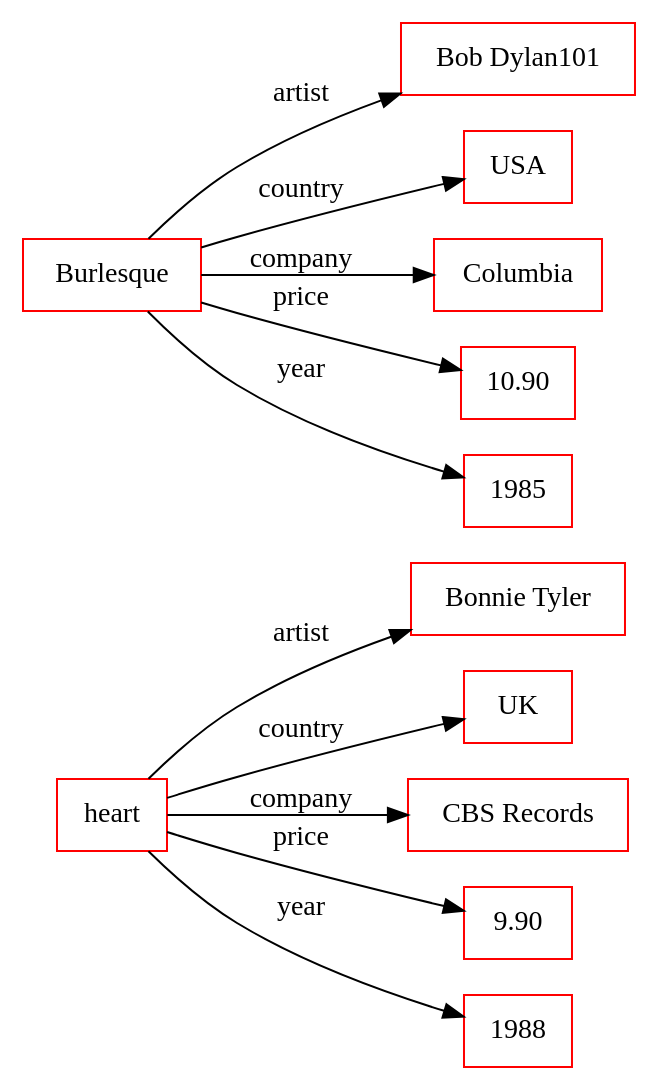
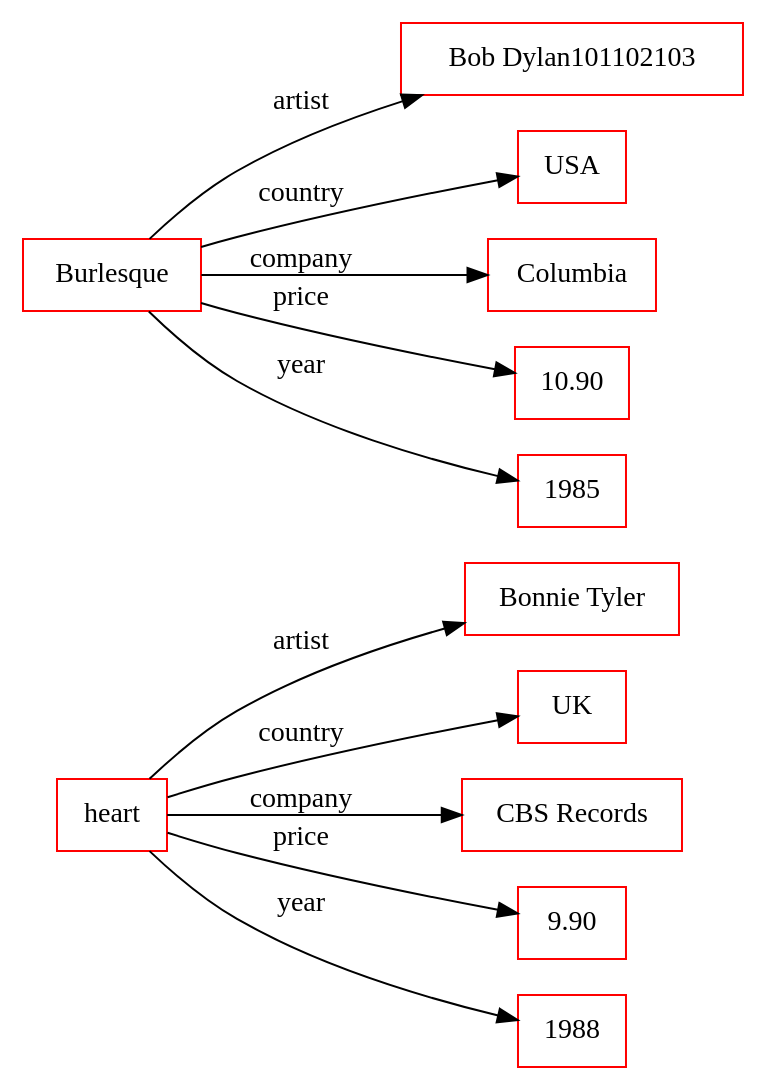
One commit to ahmad88me/target changed the diagram in drawings/ar2dtool-class.conf/org/sample.rdf.png.dot. Above: the diagram before and after it, drawn with Graphviz. The commit also changed 2 other files, not shown here.

```diff
--- a/drawings/ar2dtool-class.conf/org/sample.rdf.png.dot
+++ b/drawings/ar2dtool-class.conf/org/sample.rdf.png.dot
@@ -1,16 +1,16 @@
 digraph ar2dtool_diagram { 
 rankdir=LR;
 size="1000"
-node [shape = rectangle, color="red"]; "Bonnie Tyler" "UK" "CBS Records" "9.90" "1988" "Bob Dylan101" "USA" "Columbia" "10.90" "1985" ; /*literals style*/
+node [shape = rectangle, color="red"]; "Bonnie Tyler" "UK" "CBS Records" "9.90" "1988" "Bob Dylan101102103" "USA" "Columbia" "10.90" "1985" ; /*literals style*/
 	"heart" -> "Bonnie Tyler" [ label = "artist" ];
 	"heart" -> "UK" [ label = "country" ];
 	"heart" -> "CBS Records" [ label = "company" ];
 	"heart" -> "9.90" [ label = "price" ];
 	"heart" -> "1988" [ label = "year" ];
-	"Burlesque" -> "Bob Dylan101" [ label = "artist" ];
+	"Burlesque" -> "Bob Dylan101102103" [ label = "artist" ];
 	"Burlesque" -> "USA" [ label = "country" ];
 	"Burlesque" -> "Columbia" [ label = "company" ];
 	"Burlesque" -> "10.90" [ label = "price" ];
 	"Burlesque" -> "1985" [ label = "year" ];
 
 }
```
